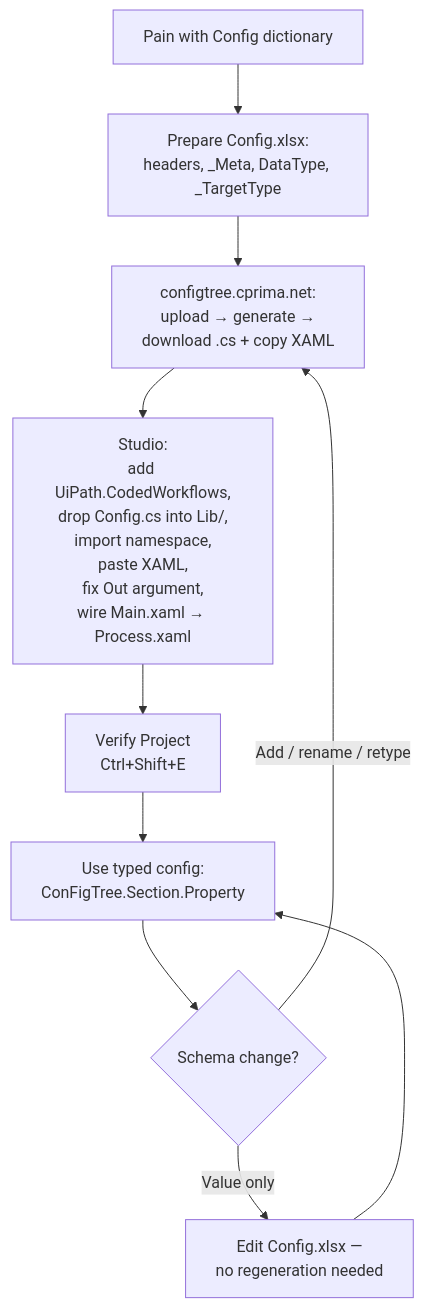
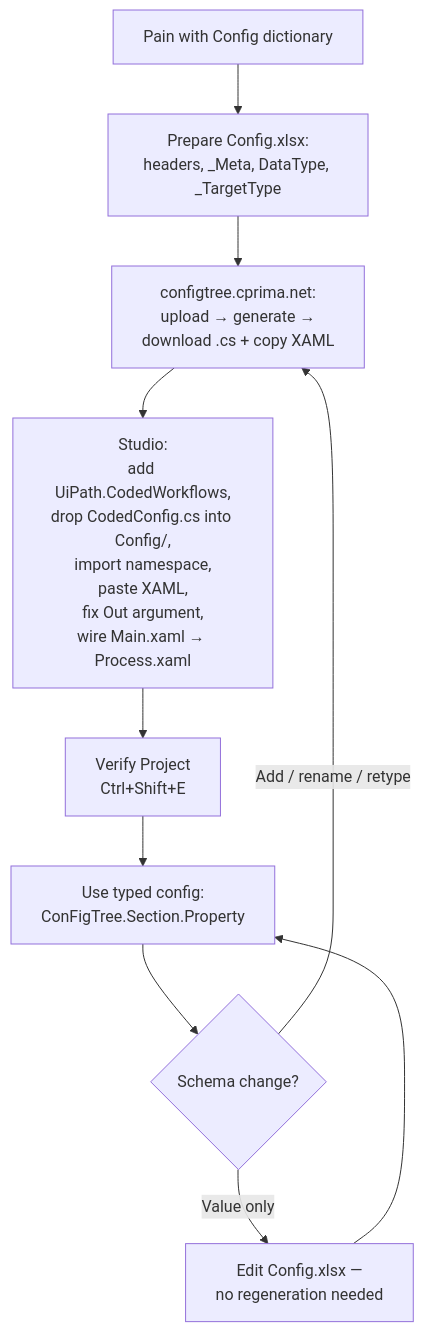
Before and after one commit to rpapub/ConFormMold: the diagram in docs/wiki/Journey-into-Coded-Config.md, drawn with Mermaid. The commit also changed other lines of this file and 9 other files, not shown here.

First line of the commit message:
refactor(docs): Config/CodedConfig.cs convention + Tier 1 auto-extract

````diff
--- a/docs/wiki/Journey-into-Coded-Config.md
+++ b/docs/wiki/Journey-into-Coded-Config.md
@@ -120,12 +120,12 @@
 ```mermaid
 flowchart TD
     Pain[Pain with Config dictionary] --> Prepare[Prepare Config.xlsx:<br/>headers, _Meta, DataType, _TargetType]
     Prepare --> WebTool[configtree.cprima.net:<br/>upload → generate →<br/>download .cs + copy XAML]
-    WebTool --> Studio[Studio:<br/>add UiPath.CodedWorkflows,<br/>drop Config.cs into Lib/,<br/>import namespace,<br/>paste XAML,<br/>fix Out argument,<br/>wire Main.xaml → Process.xaml]
+    WebTool --> Studio[Studio:<br/>add UiPath.CodedWorkflows,<br/>drop CodedConfig.cs into Config/,<br/>import namespace,<br/>paste XAML,<br/>fix Out argument,<br/>wire Main.xaml → Process.xaml]
     Studio --> Verify[Verify Project<br/>Ctrl+Shift+E]
     Verify --> Use[Use typed config:<br/>ConFigTree.Section.Property]
     Use --> Change{Schema change?}
     Change -->|Add / rename / retype| WebTool
     Change -->|Value only| EditXlsx[Edit Config.xlsx —<br/>no regeneration needed]
     EditXlsx --> Use
 ```
````
